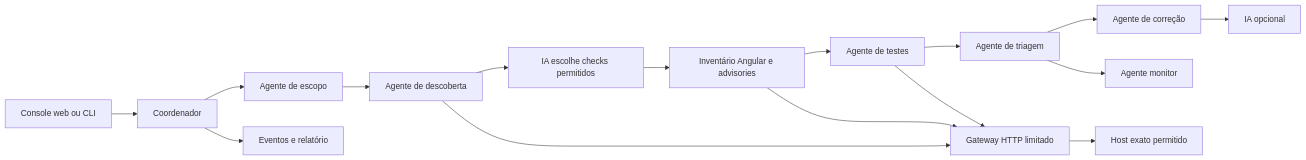
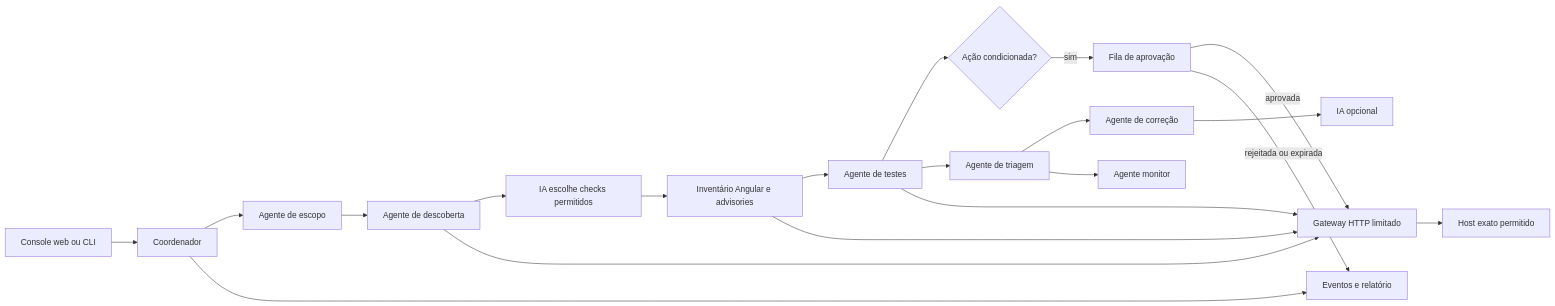
The diagram in README.md (rogerin/scan-blueteam), drawn with Mermaid before and after one commit. The commit also changed other lines of this file and 23 other files, not shown here.

````diff
--- a/README.md
+++ b/README.md
@@ -38,16 +42,20 @@
 ```mermaid
 flowchart LR
     UI[Console web ou CLI] --> C[Coordenador]
     C --> S[Agente de escopo]
     S --> D[Agente de descoberta]
     D --> P[IA escolhe checks permitidos]
     P --> I[Inventário Angular e advisories]
     I --> T[Agente de testes]
+    T --> H{Ação condicionada?}
+    H -->|sim| Q[Fila de aprovação]
+    Q -->|aprovada| G
+    Q -->|rejeitada ou expirada| E
     T --> R[Agente de triagem]
     R --> F[Agente de correção]
     F --> A[IA opcional]
     R --> M[Agente monitor]
     D & I & T --> G[Gateway HTTP limitado]
     G --> AL[Host exato permitido]
     C --> E[Eventos e relatório]
 ```
````
